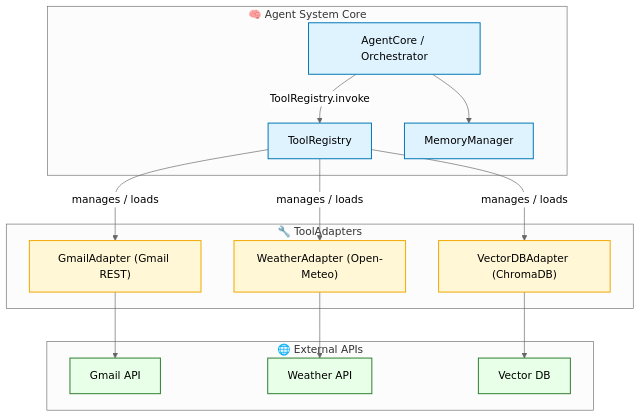
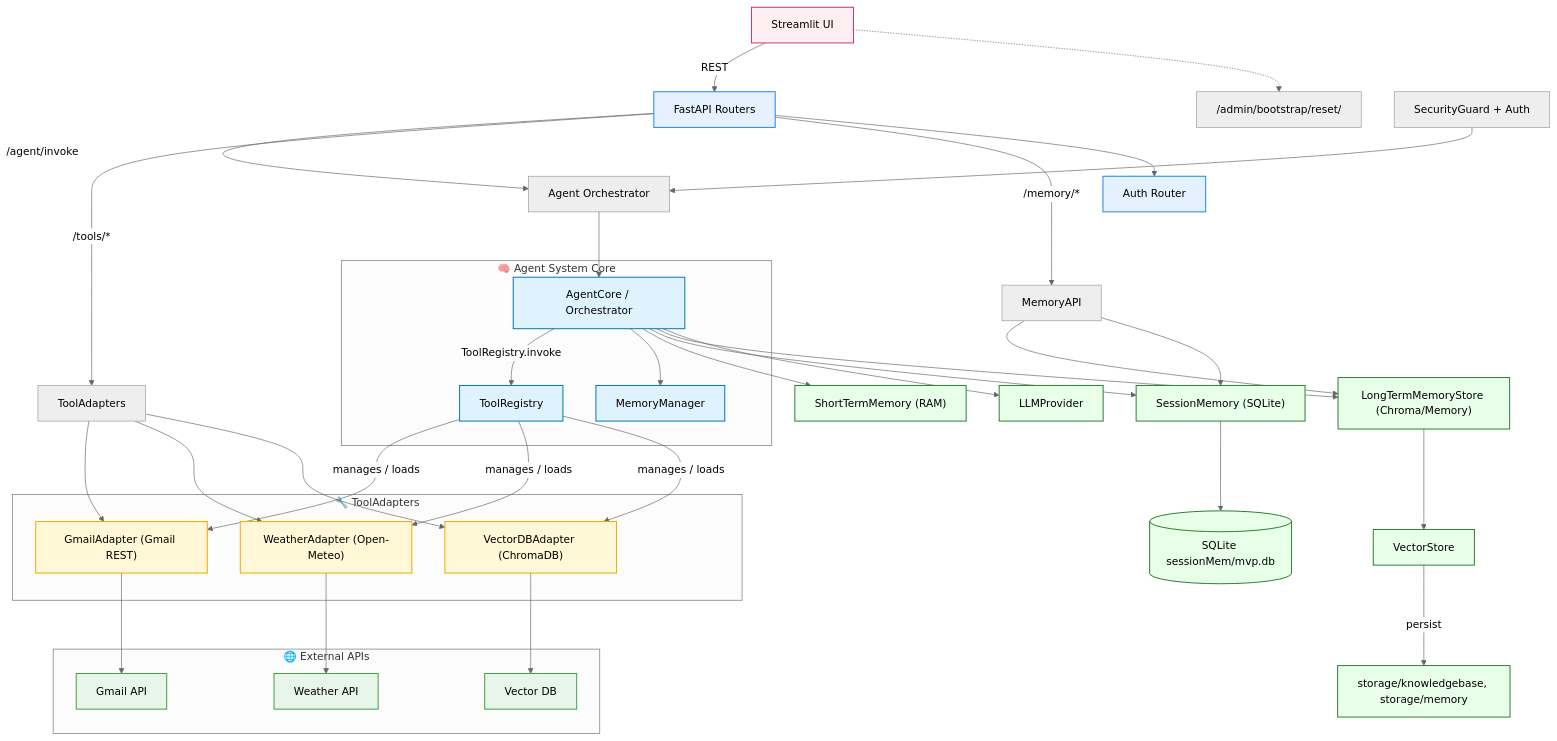
One commit to JiangXue0820/agentic_ai_chatbot changed the second of 7 diagrams in design_report.md. Above: the diagram before and after it, drawn with Mermaid (neutral theme).

Commit message:
update design report

````diff
--- a/design_report.md
+++ b/design_report.md
@@ -107,41 +107,79 @@
 ```mermaid
 flowchart TD
+
+    %% === Frontend and API Layer ===
+    UI[Streamlit UI] -->|REST| API[FastAPI Routers]
+    UI -.-> AdminAPI["/admin/bootstrap/reset/"]
+    API -->|/agent/invoke| AgentCore[Agent Orchestrator]
+    API -->|/tools/*| ToolAdapters
+    API -->|/memory/*| MemoryAPI
+    API --> Auth["Auth Router"]
+
+    %% === Security Layer ===
+    Security["SecurityGuard + Auth"] --> AgentCore
+
+    %% === Agent Core and Memory System ===
     subgraph AgentSystem["🧠 Agent System Core"]
         A["AgentCore / Orchestrator"]
         R["ToolRegistry"]
         M["MemoryManager"]
     end
+    AgentCore --> A
+    A -->|ToolRegistry.invoke| R
+    A --> M
 
+    A --> ShortMem["ShortTermMemory (RAM)"]
+    A --> SessionMem["SessionMemory (SQLite)"]
+    A --> LongMem["LongTermMemoryStore (Chroma/Memory)"]
+    A --> IntentLLM["LLMProvider"]
+
+    SessionMem --> SQLite[(SQLite sessionMem/mvp.db)]
+    LongMem --> VectorStore
+    VectorStore -->|persist| Storage["storage/knowledgebase, storage/memory"]
+
+    %% === Tool Layer ===
     subgraph Tools["🔧 ToolAdapters"]
         TA1["GmailAdapter (Gmail REST)"]
         TA2["WeatherAdapter (Open-Meteo)"]
         TA3["VectorDBAdapter (ChromaDB)"]
     end
 
+    %% ToolRegistry manages adapters
+    R -->|manages / loads| TA1
+    R -->|manages / loads| TA2
+    R -->|manages / loads| TA3
+
+    %% === External APIs ===
     subgraph ExternalAPIs["🌐 External APIs"]
         G["Gmail API"]
         W["Weather API"]
         V["Vector DB"]
     end
 
-    %% relationships
-    A --> M
-    A -->|ToolRegistry.invoke| R
-    R -->|manages / loads| TA1
-    R -->|manages / loads| TA2
-    R -->|manages / loads| TA3
-
-    %% tool calls
+    %% === Adapter to API calls ===
     TA1 --> G
     TA2 --> W
     TA3 --> V
 
-    %% styles
+    %% === API links to adapters ===
+    ToolAdapters --> TA1
+    ToolAdapters --> TA2
+    ToolAdapters --> TA3
+    MemoryAPI --> LongMem
+    MemoryAPI --> SessionMem
+
+    %% === Styling ===
+    classDef ui fill:#ffeef2,stroke:#d6336c,stroke-width:1.5px;
+    classDef api fill:#e5f1ff,stroke:#1e88e5,stroke-width:1.5px;
     classDef agent fill:#dff3ff,stroke:#0077b6,stroke-width:1.5px;
     classDef tool fill:#fff7d6,stroke:#f2a900,stroke-width:1.5px;
-    classDef api fill:#e8ffe8,stroke:#2e7d32,stroke-width:1.5px;
+    classDef memory fill:#e8ffe8,stroke:#2e7d32,stroke-width:1.5px;
+    classDef external fill:#e8f5e9,stroke:#43a047,stroke-width:1.5px;
 
+    class UI ui
+    class API,Auth api
     class A,R,M agent
+    class ShortMem,SessionMem,LongMem,IntentLLM,SQLite,VectorStore,Storage memory
     class TA1,TA2,TA3 tool
-    class G,W,V api
+    class G,W,V external
 ```
````
